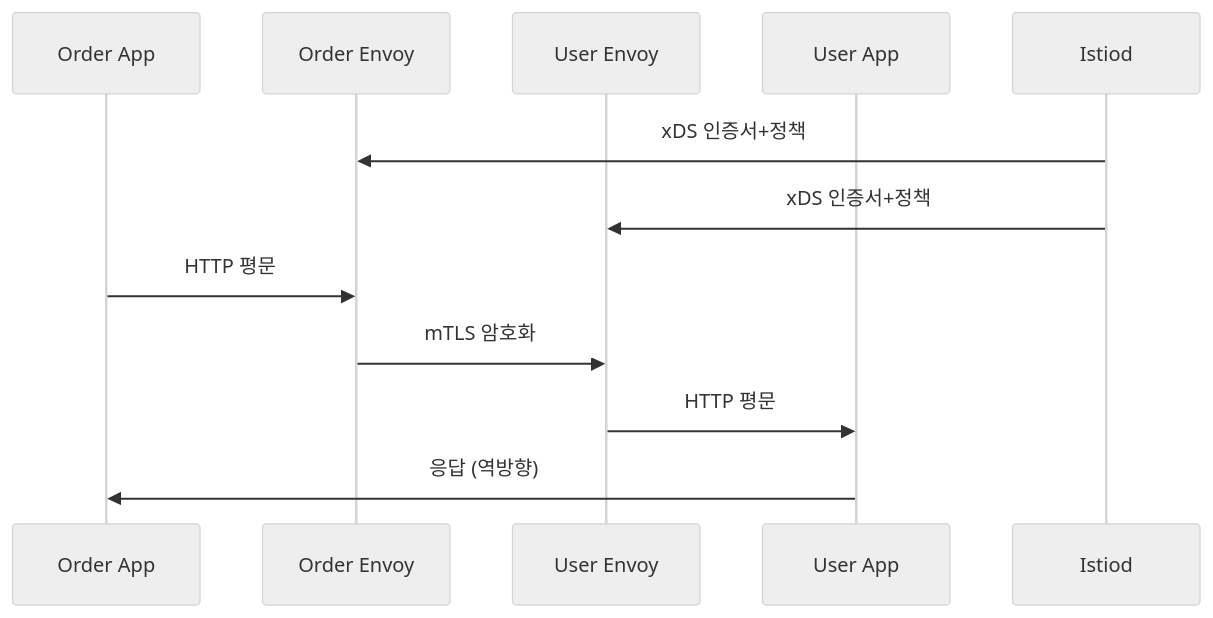
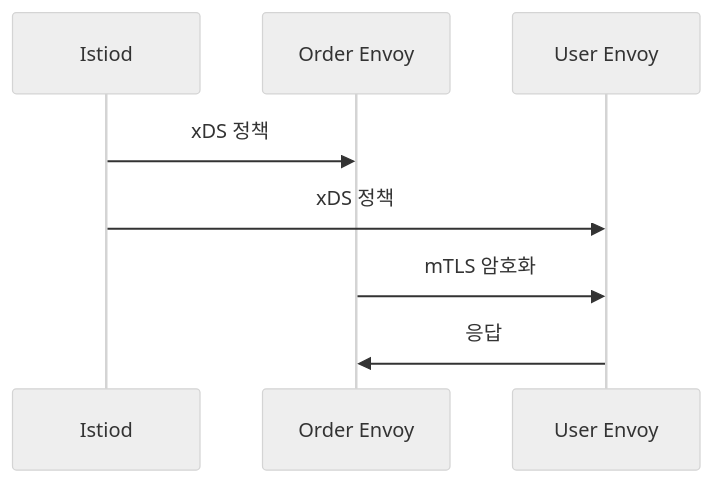
Before and after one commit to yjkim2015/yjkim2015.github.io: the sixth of 8 diagrams in _posts/architecture/2026-05-02-sidecar-pattern.md, drawn with Mermaid (neutral theme). The commit also changed other lines of this file and 155 other files, not shown here.

First line of the commit message:
Mermaid 전면 수정: subgraph 제거, participant/노드/줄수 축소 (342블록)

````diff
--- a/_posts/architecture/2026-05-02-sidecar-pattern.md
+++ b/_posts/architecture/2026-05-02-sidecar-pattern.md
@@ -517,14 +517,10 @@
 ```mermaid
 sequenceDiagram
-    participant OA as Order App
+    participant CP as Istiod
     participant OE as Order Envoy
     participant UE as User Envoy
-    participant UA as User App
-    participant CP as Istiod
-    CP->>OE: xDS 인증서+정책
-    CP->>UE: xDS 인증서+정책
-    OA->>OE: HTTP 평문
+    CP->>OE: xDS 정책
+    CP->>UE: xDS 정책
     OE->>UE: mTLS 암호화
-    UE->>UA: HTTP 평문
-    UA->>OA: 응답 (역방향)
+    UE->>OE: 응답
 ```
````
